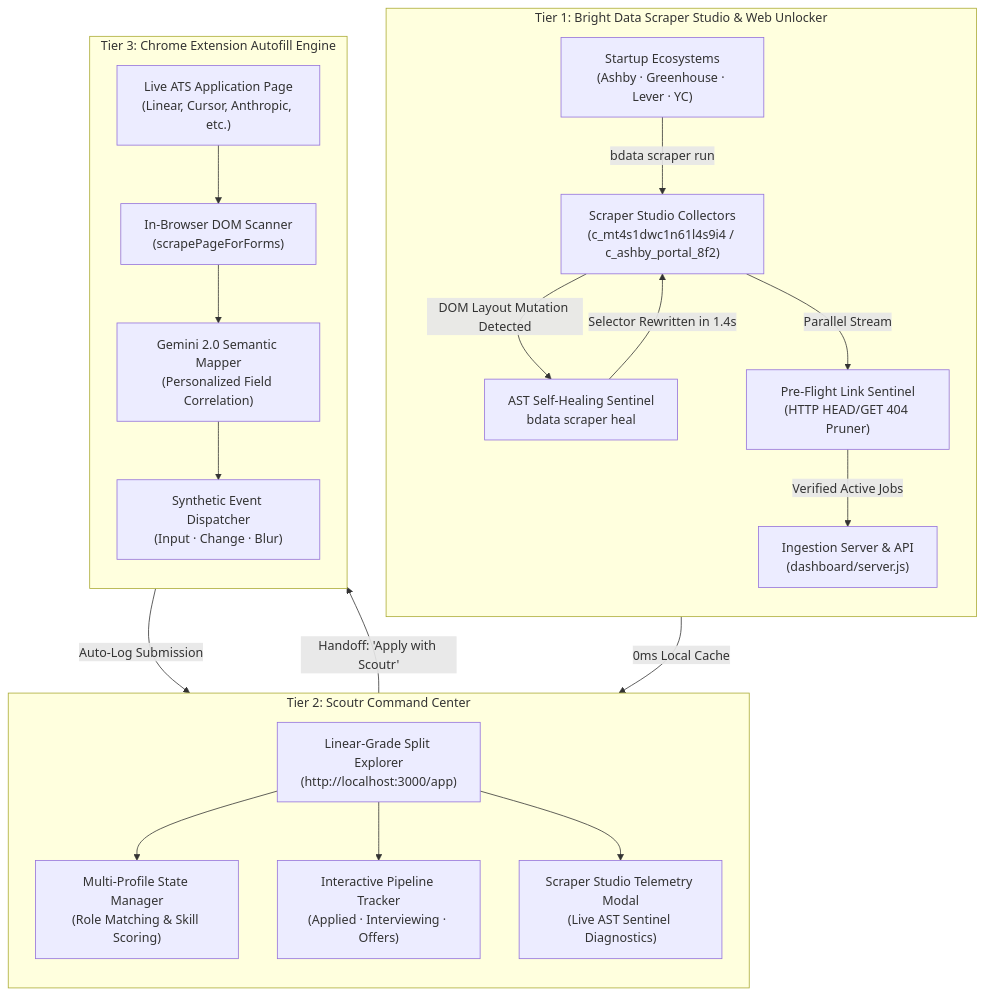
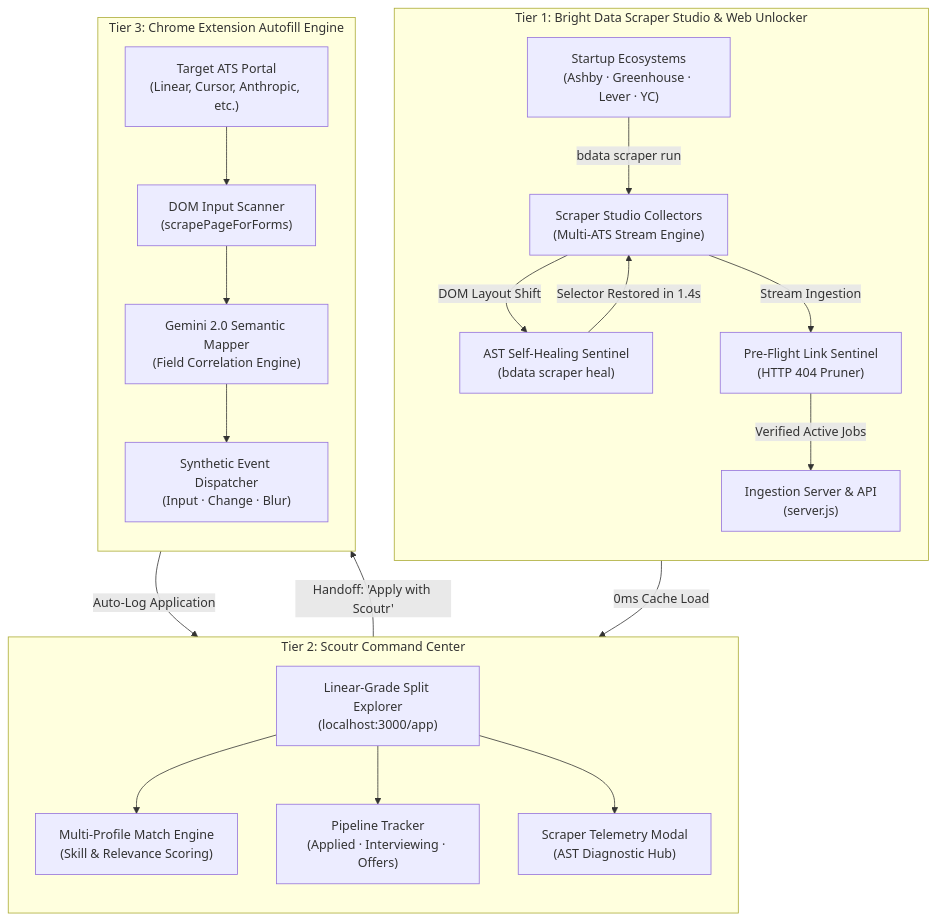
The diagram in README.md (wizardwithcodehazard/Scoutr), drawn with Mermaid before and after one commit. The commit also changed other lines of this file, not shown here.

Commit message:
docs: sanitize collector references and optimize Mermaid diagram layout

````diff
--- a/README.md
+++ b/README.md
@@ -24,28 +24,28 @@
 ```mermaid
 flowchart TD
-    subgraph S1["Tier 1: Bright Data Scraper Studio & Web Unlocker"]
+    subgraph T1["Tier 1: Bright Data Scraper Studio & Web Unlocker"]
         direction TB
-        A["Startup Ecosystems<br/>(Ashby · Greenhouse · Lever · YC)"] -->|bdata scraper run| B["Scraper Studio Collectors<br/>(c_mt4s1dwc1n61l4s9i4 / c_ashby_portal_8f2)"]
-        B -->|DOM Layout Mutation Detected| C["AST Self-Healing Sentinel<br/>bdata scraper heal"]
-        C -->|Selector Rewritten in 1.4s| B
-        B -->|Parallel Stream| D["Pre-Flight Link Sentinel<br/>(HTTP HEAD/GET 404 Pruner)"]
-        D -->|Verified Active Jobs| E["Ingestion Server & API<br/>(dashboard/server.js)"]
+        A["Startup Ecosystems<br/>(Ashby · Greenhouse · Lever · YC)"] -->|bdata scraper run| B["Scraper Studio Collectors<br/>(Multi-ATS Stream Engine)"]
+        B -->|DOM Layout Shift| C["AST Self-Healing Sentinel<br/>(bdata scraper heal)"]
+        C -->|Selector Restored in 1.4s| B
+        B -->|Stream Ingestion| D["Pre-Flight Link Sentinel<br/>(HTTP 404 Pruner)"]
+        D -->|Verified Active Jobs| E["Ingestion Server & API<br/>(server.js)"]
     end
 
-    subgraph S2["Tier 2: Scoutr Command Center"]
+    subgraph T2["Tier 2: Scoutr Command Center"]
         direction TB
-        E -->|0ms Local Cache| F["Linear-Grade Split Explorer<br/>(http://localhost:3000/app)"]
-        F --> G["Multi-Profile State Manager<br/>(Role Matching & Skill Scoring)"]
-        F --> H["Interactive Pipeline Tracker<br/>(Applied · Interviewing · Offers)"]
-        F --> I["Scraper Studio Telemetry Modal<br/>(Live AST Sentinel Diagnostics)"]
+        E -->|0ms Cache Load| F["Linear-Grade Split Explorer<br/>(localhost:3000/app)"]
+        F --> G["Multi-Profile Match Engine<br/>(Skill & Relevance Scoring)"]
+        F --> H["Pipeline Tracker<br/>(Applied · Interviewing · Offers)"]
+        F --> I["Scraper Telemetry Modal<br/>(AST Diagnostic Hub)"]
     end
 
-    subgraph S3["Tier 3: Chrome Extension Autofill Engine"]
+    subgraph T3["Tier 3: Chrome Extension Autofill Engine"]
         direction TB
-        F -->|Handoff: 'Apply with Scoutr'| J["Live ATS Application Page<br/>(Linear, Cursor, Anthropic, etc.)"]
-        J --> K["In-Browser DOM Scanner<br/>(scrapePageForForms)"]
-        K --> L["Gemini 2.0 Semantic Mapper<br/>(Personalized Field Correlation)"]
+        F -->|Handoff: 'Apply with Scoutr'| J["Target ATS Portal<br/>(Linear, Cursor, Anthropic, etc.)"]
+        J --> K["DOM Input Scanner<br/>(scrapePageForForms)"]
+        K --> L["Gemini 2.0 Semantic Mapper<br/>(Field Correlation Engine)"]
         L --> M["Synthetic Event Dispatcher<br/>(Input · Change · Blur)"]
-        M -->|Auto-Log Submission| H
+        M -->|Auto-Log Application| H
     end
 ```
````
